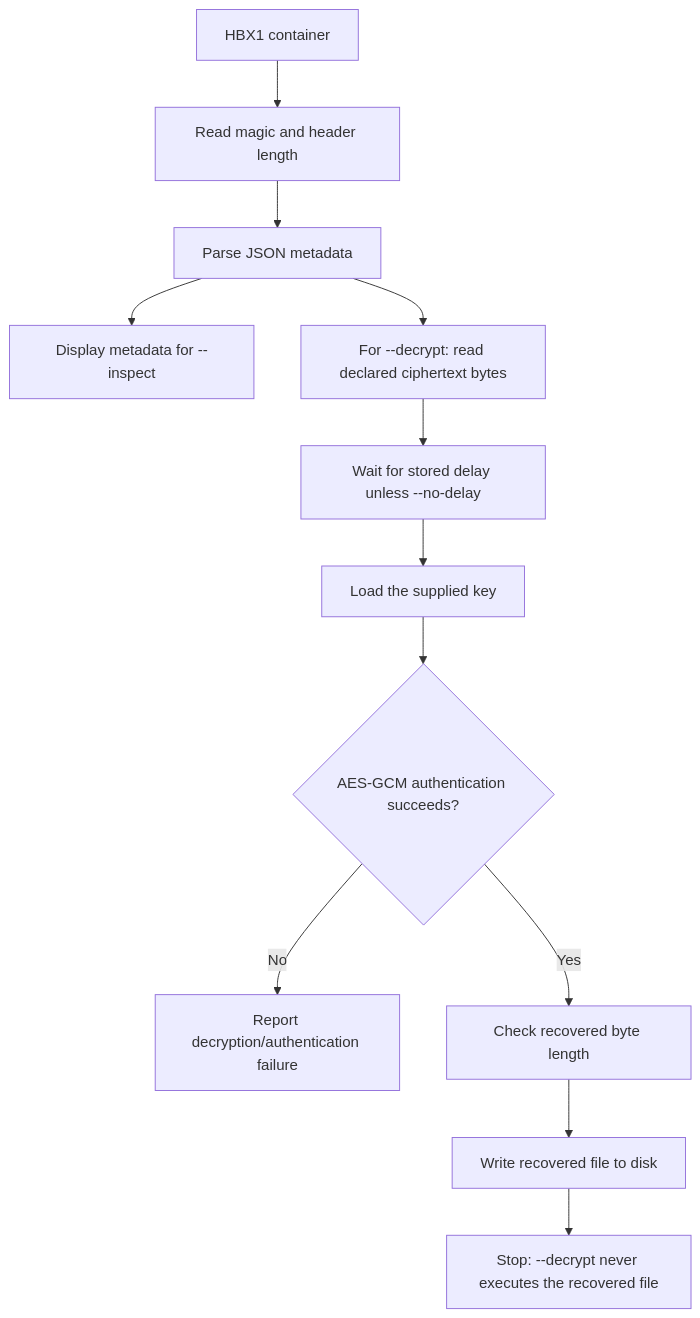
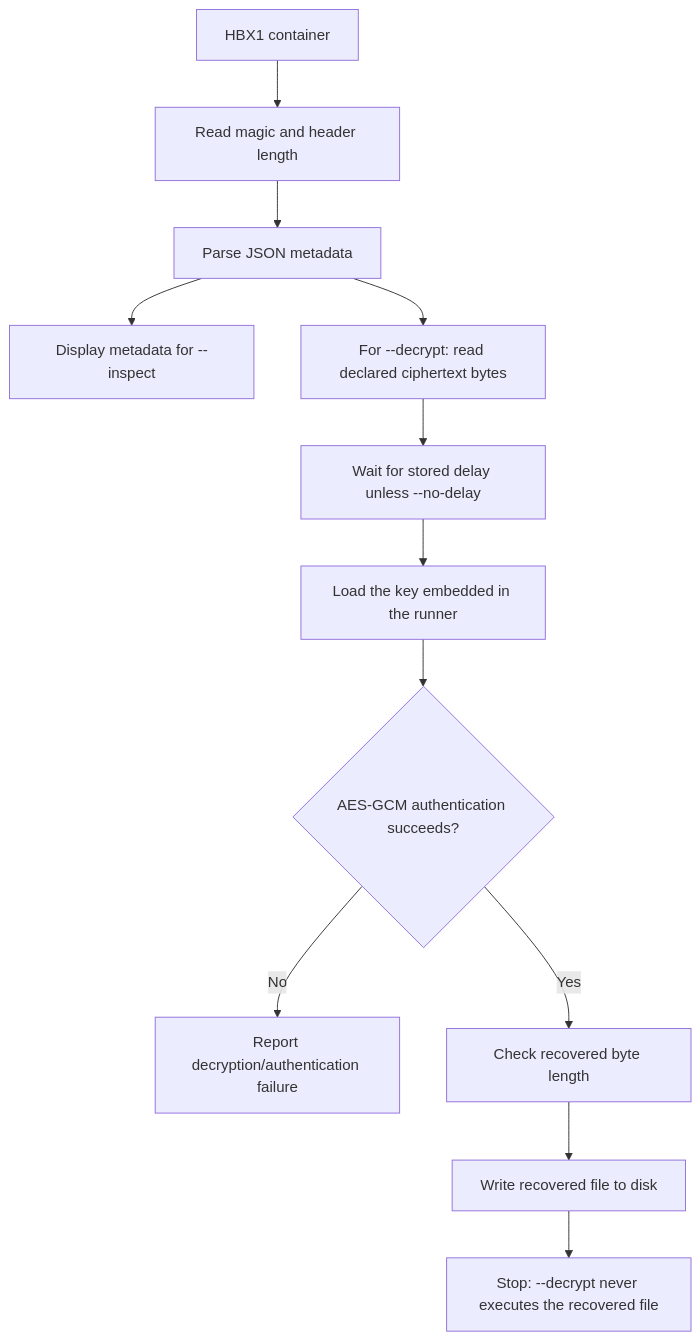
The fifth of 8 diagrams in README.md (fahdaguenouz/hidden-bytes), drawn with Mermaid before and after one commit. The commit also changed other lines of this file and 1 other file, not shown here.

````diff
--- a/README.md
+++ b/README.md
@@ -833,14 +826,14 @@
 ```mermaid
 flowchart TD
     A[HBX1 container] --> B[Read magic and header length]
     B --> C[Parse JSON metadata]
     C --> D[Display metadata for --inspect]
     C --> E[For --decrypt: read declared ciphertext bytes]
     E --> F[Wait for stored delay unless --no-delay]
-    F --> G[Load the supplied key]
+    F --> G[Load the key embedded in the runner]
     G --> H{AES-GCM authentication succeeds?}
     H -- No --> I[Report decryption/authentication failure]
     H -- Yes --> J[Check recovered byte length]
     J --> K[Write recovered file to disk]
     K --> L[Stop: --decrypt never executes the recovered file]
 ```
````
